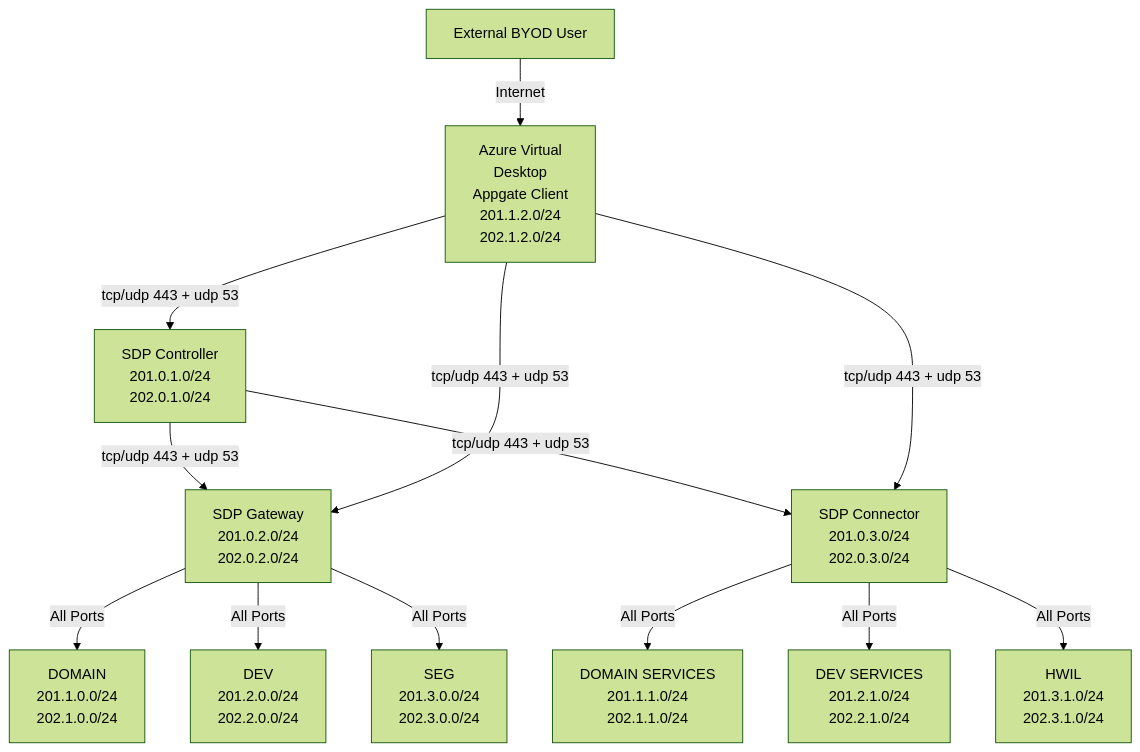
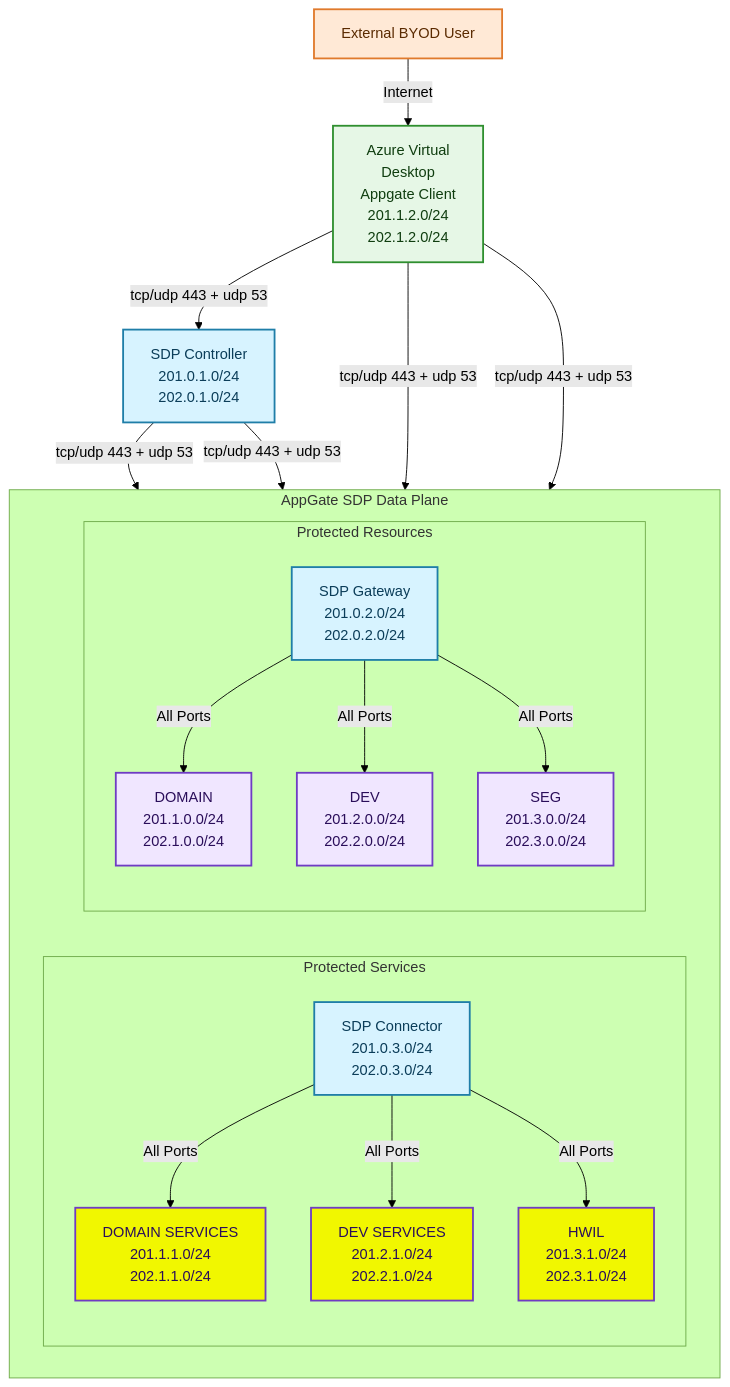
The diagram in diagrams/appgate-flows-2.mmd (cantrellr/vyos-appgate-dren-lab), drawn with Mermaid (forest theme) before and after one commit.

Commit message:
Refactor AppGate flowchart to improve structure and clarity of data plane components

```diff
--- a/diagrams/appgate-flows-2.mmd
+++ b/diagrams/appgate-flows-2.mmd
@@ -1,45 +1,52 @@
 flowchart TB
   BYOD[External BYOD User]
   AVD[Azure Virtual<br>Desktop<br>Appgate Client<br>201.1.2.0/24<br>202.1.2.0/24]
+  CTRL[SDP Controller<br>201.0.1.0/24<br>202.0.1.0/24]
 
-  CTRL[SDP Controller<br>201.0.1.0/24<br>202.0.1.0/24]
-  GW1[SDP Gateway<br>201.0.2.0/24<br>202.0.2.0/24]
-  GW2[SDP Connector<br>201.0.3.0/24<br>202.0.3.0/24]
-
-  DOMAIN[DOMAIN<br>201.1.0.0/24<br>202.1.0.0/24]
-  DOMSVC[DOMAIN SERVICES<br>201.1.1.0/24<br>202.1.1.0/24]
-  DEV[DEV<br>201.2.0.0/24<br>202.2.0.0/24]
-  DEVSVC[DEV SERVICES<br>201.2.1.0/24<br>202.2.1.0/24]
-  SEG[SEG<br>201.3.0.0/24<br>202.3.0.0/24]
-  HWIL[HWIL<br>201.3.1.0/24<br>202.3.1.0/24]
+  subgraph DATA_PLANE[AppGate SDP Data Plane]
+    direction LR
+    subgraph GW2_LANE[Protected Services]
+      direction TB
+      GW2[SDP Connector<br>201.0.3.0/24<br>202.0.3.0/24]
+      DOMSVC[DOMAIN SERVICES<br>201.1.1.0/24<br>202.1.1.0/24]
+      DEVSVC[DEV SERVICES<br>201.2.1.0/24<br>202.2.1.0/24]
+      HWIL[HWIL<br>201.3.1.0/24<br>202.3.1.0/24]
+    end
+    subgraph GW1_LANE[Protected Resources]
+      direction TB
+      GW1[SDP Gateway<br>201.0.2.0/24<br>202.0.2.0/24]
+      DOMAIN[DOMAIN<br>201.1.0.0/24<br>202.1.0.0/24]
+      DEV[DEV<br>201.2.0.0/24<br>202.2.0.0/24]
+      SEG[SEG<br>201.3.0.0/24<br>202.3.0.0/24]
+    end
+  end
 
   BYOD -->|Internet| AVD
-  CTRL -->|tcp/udp 443 + udp 53| GW2
+  AVD -->|tcp/udp 443 + udp 53| CTRL
+  AVD -->|tcp/udp 443 + udp 53| GW2
   CTRL -->|tcp/udp 443 + udp 53| GW1
   AVD -->|tcp/udp 443 + udp 53| GW1
-  AVD -->|tcp/udp 443 + udp 53| GW2
-  AVD -->|tcp/udp 443 + udp 53| CTRL
-
+  CTRL -->|tcp/udp 443 + udp 53| GW2
 
   GW1 -->|All Ports| DOMAIN
   GW1 -->|All Ports| DEV
   GW1 -->|All Ports| SEG
 
   GW2 -->|All Ports| DOMSVC
   GW2 -->|All Ports| DEVSVC
   GW2 -->|All Ports| HWIL
 
-  class AZ-CTRL,AZ-GW1,AZ-GW2 sdp
+  class CTRL,GW1,GW2 sdp
   classDef sdp fill:#d7f3ff,stroke:#1f7ea8,stroke-width:2px,color:#0b3d59
 
-  class AZ-BYOD enduser
+  class BYOD enduser
   classDef enduser fill:#ffe9d6,stroke:#e07a2c,stroke-width:2px,color:#5a2a00
 
-  class AZ-AVD client
+  class AVD client
   classDef client fill:#e6f7e6,stroke:#2f8f2f,stroke-width:2px,color:#0f3d0f
 
-  class AZ-DOMAIN,AZ-DEV,AZ-SEG sdpg
+  class DOMAIN,DEV,SEG sdpg
   classDef sdpg fill:#f0e6ff,stroke:#6f3cc3,stroke-width:2px,color:#2a0e5a
 
-  class AZ-DOMSVC,AZ-DEVSVC,AZ-HWIL sdpt
+  class DOMSVC,DEVSVC,HWIL sdpt
   classDef sdpt fill:#f1f700,stroke:#6f3cc3,stroke-width:2px,color:#2a0e5a
```
